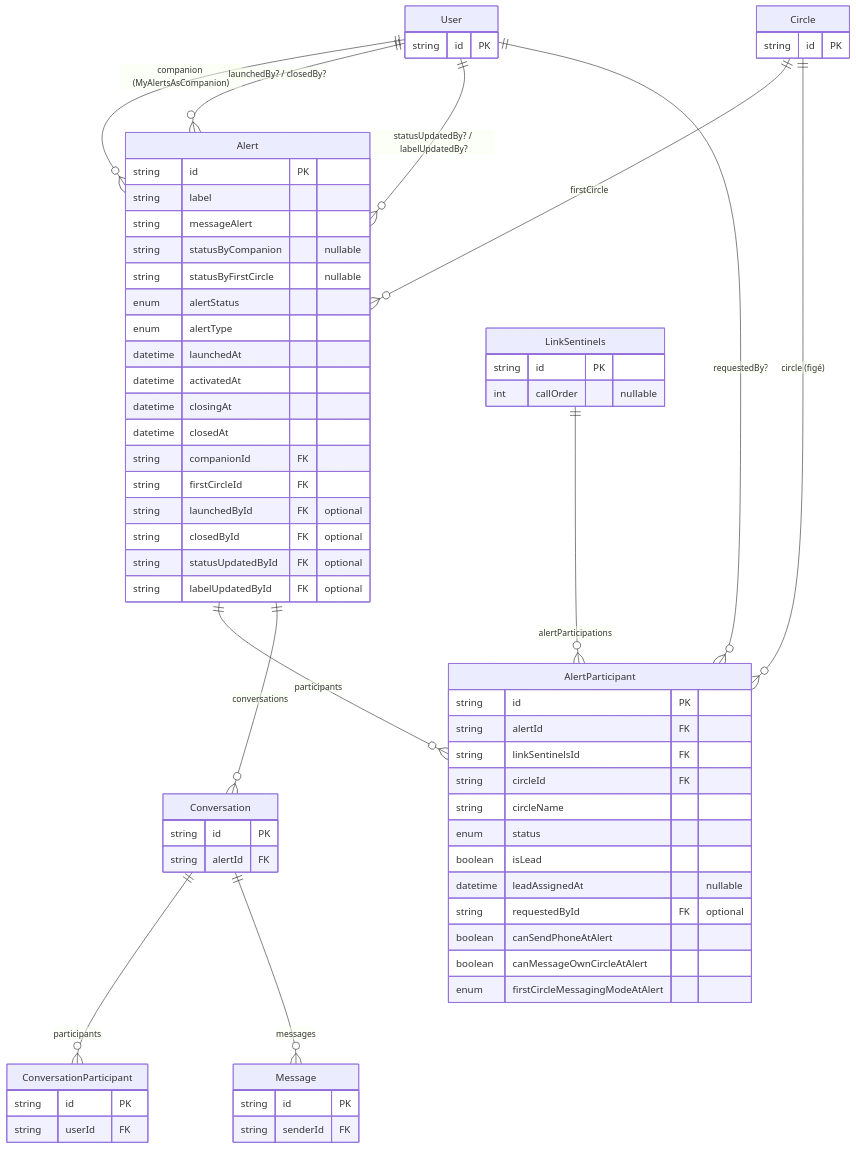
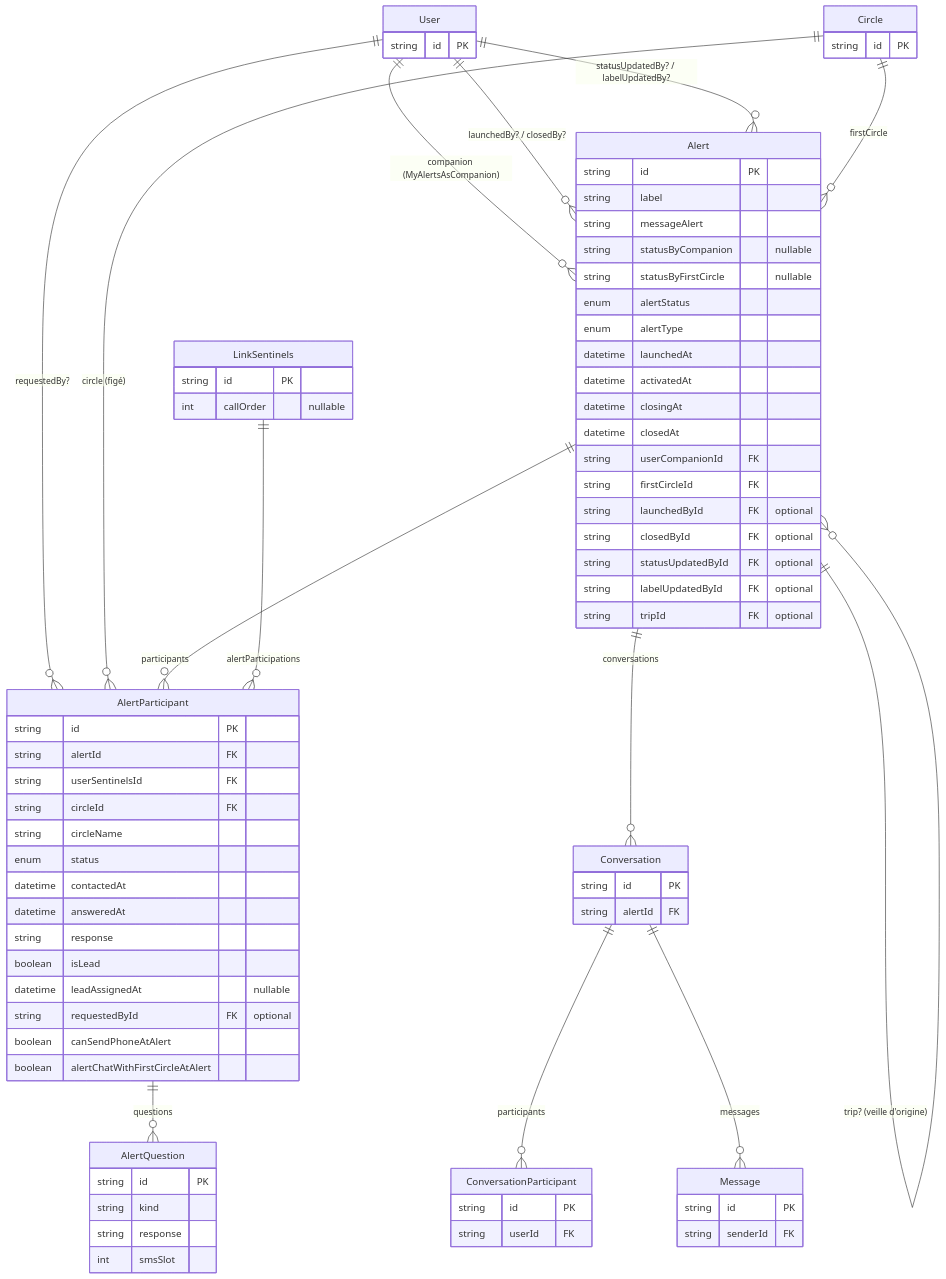
Before and after one commit to Sylvfo/MySentinelCircle: the sixth of 6 diagrams in backend/prisma/DB_schema.md, drawn with Mermaid. The commit also changed other lines of this file and 103 other files, not shown here.

First line of the commit message:
Watch Mode frontend, QR code connections, SMS reply codes, test lab

````diff
--- a/backend/prisma/DB_schema.md
+++ b/backend/prisma/DB_schema.md
@@ -388,70 +523,81 @@
 ```mermaid
 erDiagram
   User               ||--o{ Alert              : "companion (MyAlertsAsCompanion)"
   User               ||--o{ Alert              : "launchedBy? / closedBy?"
   User               ||--o{ Alert              : "statusUpdatedBy? / labelUpdatedBy?"
   User               ||--o{ AlertParticipant   : "requestedBy?"
   Circle             ||--o{ Alert              : "firstCircle"
   Circle             ||--o{ AlertParticipant   : "circle (figé)"
   Alert              ||--o{ AlertParticipant   : "participants"
+  AlertParticipant   ||--o{ AlertQuestion      : "questions"
   Alert              ||--o{ Conversation       : "conversations"
+  Alert              ||--o{ Alert              : "trip? (veille d'origine)"
   LinkSentinels      ||--o{ AlertParticipant   : "alertParticipations"
   Conversation        ||--o{ ConversationParticipant : "participants"
   Conversation        ||--o{ Message           : "messages"
 
   User {
     string id PK
   }
   Circle {
     string id PK
   }
   Alert {
     string id PK
     string label
     string messageAlert
     string statusByCompanion "nullable"
     string statusByFirstCircle "nullable"
     enum   alertStatus
     enum   alertType
     datetime launchedAt
     datetime activatedAt
     datetime closingAt
     datetime closedAt
-    string companionId FK
+    string userCompanionId FK
     string firstCircleId FK
     string launchedById FK "optional"
     string closedById FK "optional"
     string statusUpdatedById FK "optional"
     string labelUpdatedById FK "optional"
+    string tripId FK "optional"
   }
   LinkSentinels {
     string id PK
     int    callOrder "nullable"
   }
   AlertParticipant {
     string id PK
     string alertId FK
-    string linkSentinelsId FK
+    string userSentinelsId FK
     string circleId FK
     string circleName
     enum   status
+    datetime contactedAt
+    datetime answeredAt
+    string response
     boolean isLead
     datetime leadAssignedAt "nullable"
     string requestedById FK "optional"
     boolean canSendPhoneAtAlert
-    boolean canMessageOwnCircleAtAlert
-    enum   firstCircleMessagingModeAtAlert
+    boolean alertChatWithFirstCircleAtAlert
+  }
+  AlertQuestion {
+    string id PK
+    string kind
+    string response
+    int    smsSlot
   }
   Conversation {
     string id PK
     string alertId FK
   }
   ConversationParticipant {
     string id PK
     string userId FK
   }
   Message {
     string id PK
     string senderId FK
   }
 ```
````
